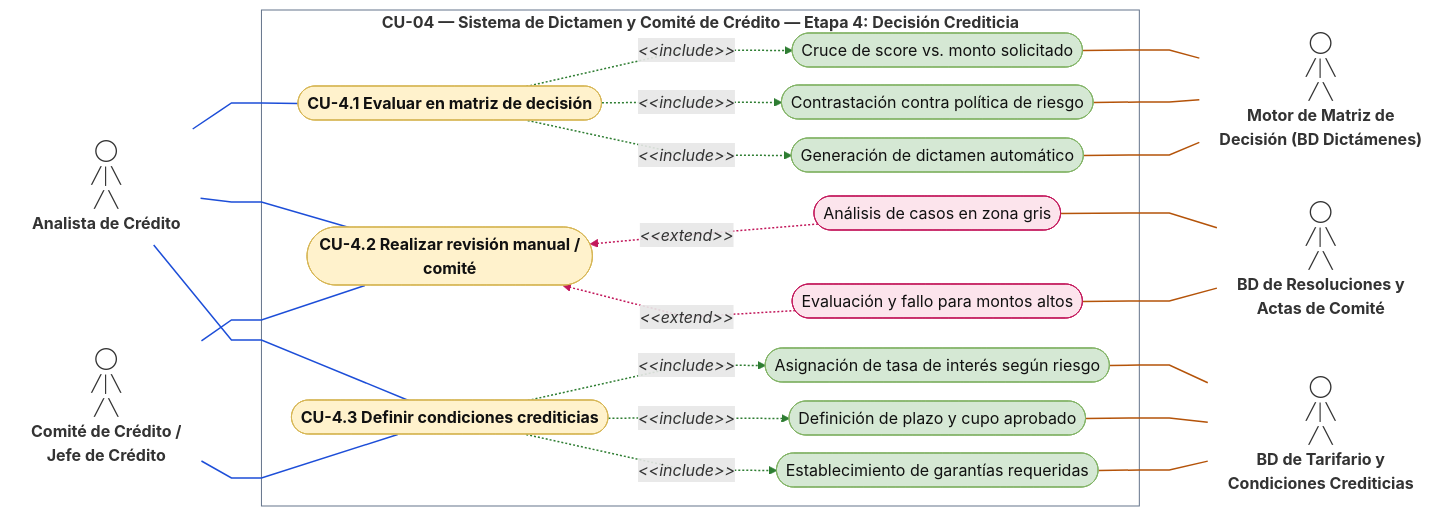
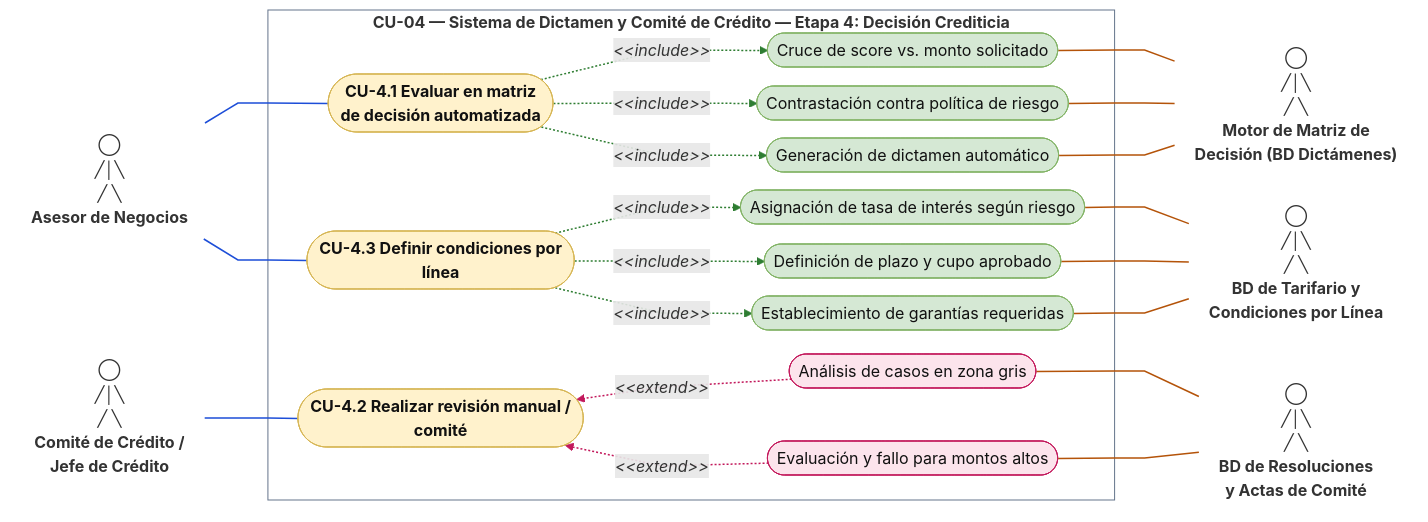
Before and after one commit to Antera-Labs/guidelines: the fifth of 22 diagrams in docs/DAS.md, drawn with Mermaid. The commit also changed other lines of this file and 4 other files, not shown here.

````diff
--- a/docs/DAS.md
+++ b/docs/DAS.md
@@ -867,65 +860,63 @@
 ```mermaid
 ---
 config:
   layout: dagre
   look: classic
   flowchart:
     curve: linear
     nodeSpacing: 18
     rankSpacing: 60
     padding: 10
     wrappingWidth: 500
 ---
 flowchart LR
   classDef base fill:#fff2cc,stroke:#d6b656,color:#111
   classDef inc fill:#d5e8d4,stroke:#82b366,color:#111
   classDef ext fill:#fce4ec,stroke:#c2185b,color:#111
   classDef actor fill:none,stroke:none
   classDef aux fill:none,stroke:none
-  A1["◯<br/>╱│╲<br/>╱ ╲<br/><b>Analista de Crédito</b>"]:::actor
+  A1["◯<br/>╱│╲<br/>╱ ╲<br/><b>Asesor de Negocios</b>"]:::actor
   A2["◯<br/>╱│╲<br/>╱ ╲<br/><b>Comité de Crédito /<br/>Jefe de Crédito</b>"]:::actor
   subgraph SYS["<b>CU-04 — Sistema de Dictamen y Comité de Crédito — Etapa 4: Decisión Crediticia</b>"]
-    U1(["<b>CU-4.1 Evaluar en matriz de decisión</b>"]):::base
+    U1(["<b>CU-4.1 Evaluar en matriz<br/>de decisión automatizada</b>"]):::base
     U2(["<b>CU-4.2 Realizar revisión manual /<br/>comité</b>"]):::base
-    U3(["<b>CU-4.3 Definir condiciones crediticias</b>"]):::base
+    U3(["<b>CU-4.3 Definir condiciones por<br/>línea</b>"]):::base
     U1S1(["Cruce de score vs. monto solicitado"]):::inc
     U1S2(["Contrastación contra política de riesgo"]):::inc
     U1S3(["Generación de dictamen automático"]):::inc
     U2S1(["Análisis de casos en zona gris"]):::ext
     U2S2(["Evaluación y fallo para montos altos"]):::ext
     U3S1(["Asignación de tasa de interés según riesgo"]):::inc
     U3S2(["Definición de plazo y cupo aprobado"]):::inc
     U3S3(["Establecimiento de garantías requeridas"]):::inc
   end
   M1["◯<br/>╱│╲<br/>╱ ╲<br/><b>Motor de Matriz de<br/>Decisión (BD Dictámenes)</b>"]:::actor
-  M2["◯<br/>╱│╲<br/>╱ ╲<br/><b>BD de Resoluciones y<br/>Actas de Comité</b>"]:::actor
-  M3["◯<br/>╱│╲<br/>╱ ╲<br/><b>BD de Tarifario y<br/>Condiciones Crediticias</b>"]:::actor
+  M2["◯<br/>╱│╲<br/>╱ ╲<br/><b>BD de Resoluciones<br/>y Actas de Comité</b>"]:::actor
+  M3["◯<br/>╱│╲<br/>╱ ╲<br/><b>BD de Tarifario y<br/>Condiciones por Línea</b>"]:::actor
   A1 --- U1
-  A1 --- U2
   A2 --- U2
   A1 --- U3
-  A2 --- U3
   U1 -.->|"<i>&lt;&lt;include&gt;&gt;</i>"| U1S1
   U1 -.->|"<i>&lt;&lt;include&gt;&gt;</i>"| U1S2
   U1 -.->|"<i>&lt;&lt;include&gt;&gt;</i>"| U1S3
   U2 ~~~ U2S1
   U2S1 -.->|"<i>&lt;&lt;extend&gt;&gt;</i>"| U2
   U2 ~~~ U2S2
   U2S2 -.->|"<i>&lt;&lt;extend&gt;&gt;</i>"| U2
   U3 -.->|"<i>&lt;&lt;include&gt;&gt;</i>"| U3S1
   U3 -.->|"<i>&lt;&lt;include&gt;&gt;</i>"| U3S2
   U3 -.->|"<i>&lt;&lt;include&gt;&gt;</i>"| U3S3
   U1S1 --- M1
   U1S2 --- M1
   U1S3 --- M1
   U2S1 --- M2
   U2S2 --- M2
   U3S1 --- M3
   U3S2 --- M3
   U3S3 --- M3
-  linkStyle 0,1,2,3,4 stroke:#1d4ed8,stroke-width:1.5px
-  linkStyle 5,6,7,12,13,14 stroke:#2e7d32,stroke-width:1.5px
-  linkStyle 9,11 stroke:#c2185b,stroke-width:1.5px
-  linkStyle 15,16,17,18,19,20,21,22 stroke:#b45309,stroke-width:1.5px
+  linkStyle 0,1,2 stroke:#1d4ed8,stroke-width:1.5px
+  linkStyle 3,4,5,10,11,12 stroke:#2e7d32,stroke-width:1.5px
+  linkStyle 7,9 stroke:#c2185b,stroke-width:1.5px
+  linkStyle 13,14,15,16,17,18,19,20 stroke:#b45309,stroke-width:1.5px
   style SYS fill:transparent,stroke:#64748b
 ```
````
